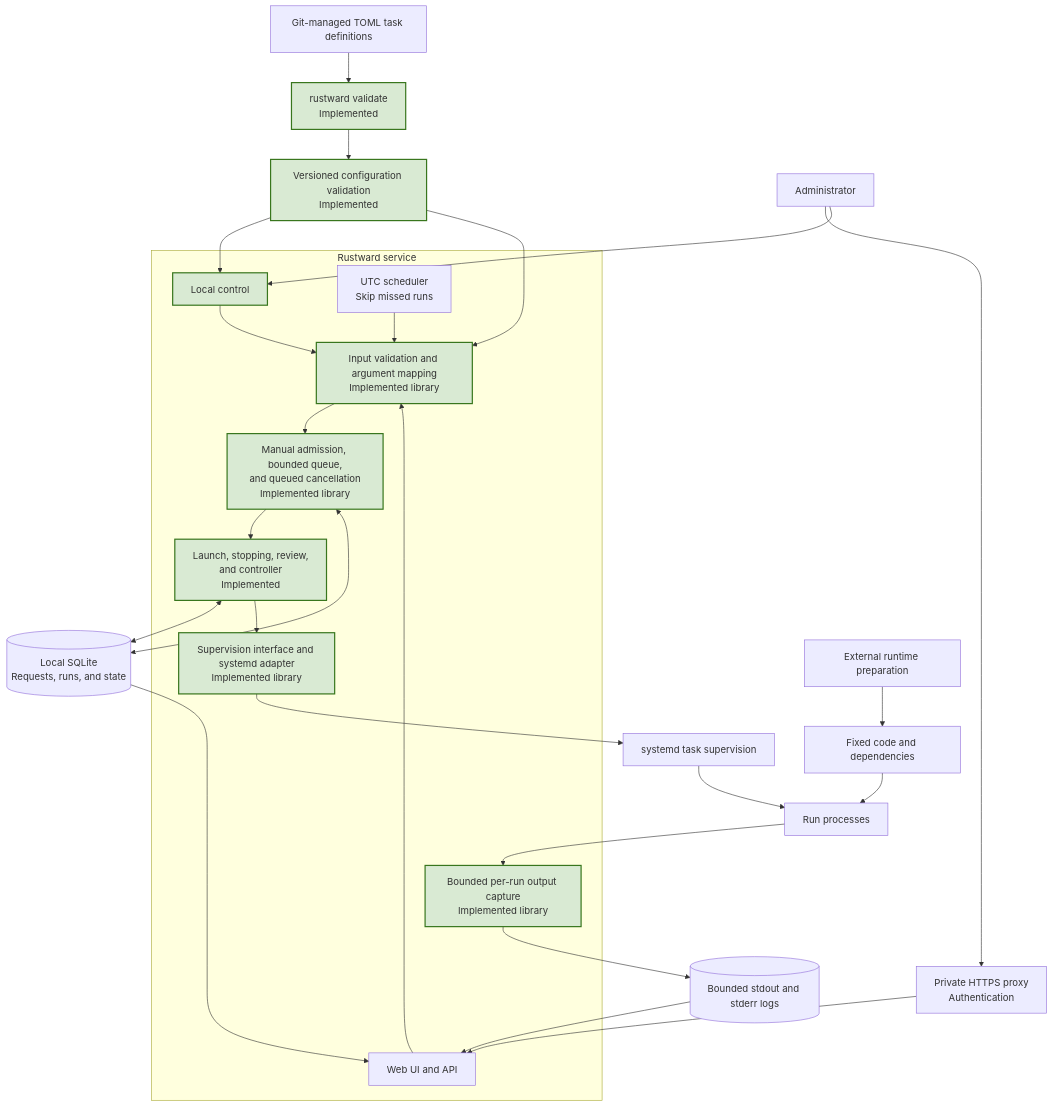
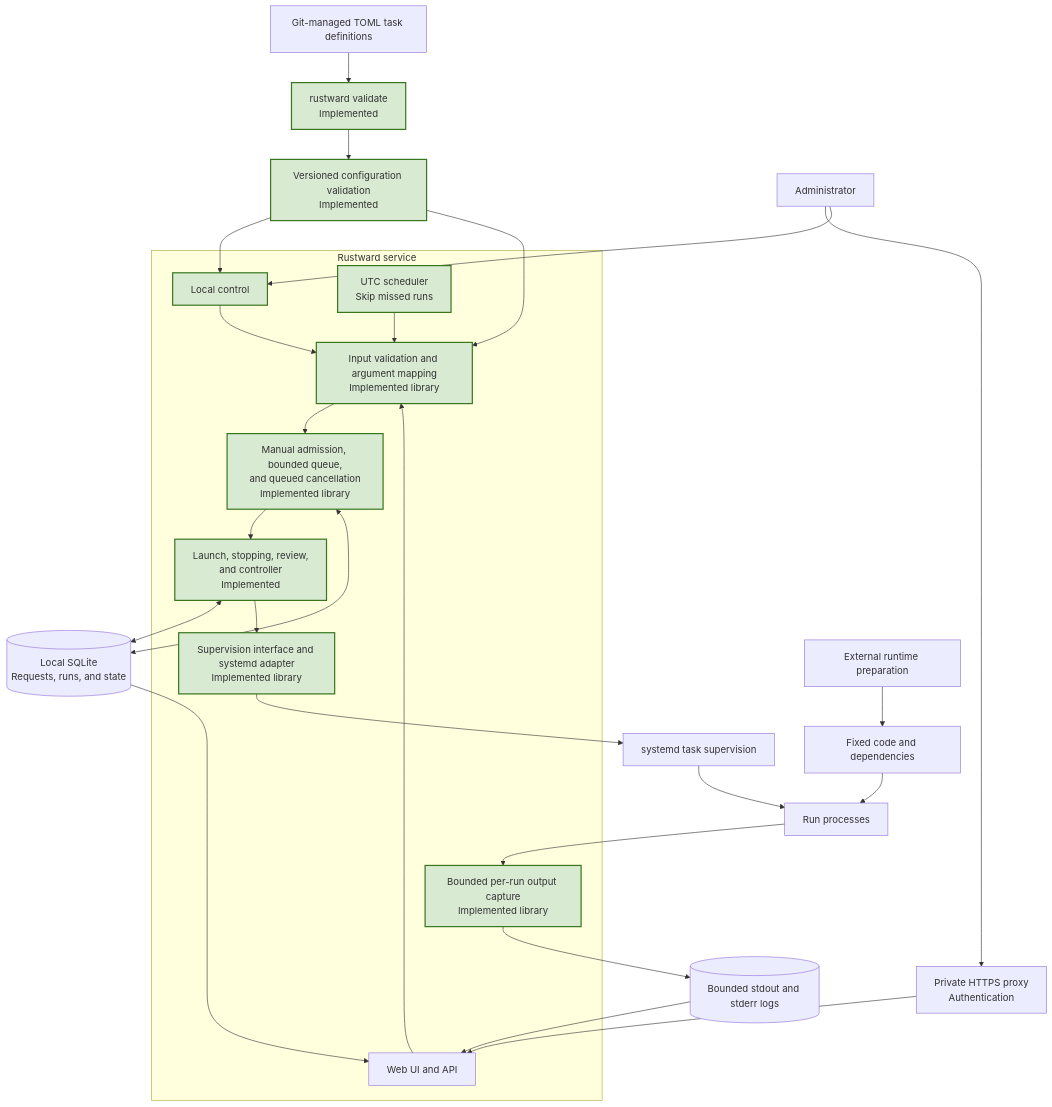
One commit to chrizpower/rustward changed the diagram in docs/ARCHITECTURE.md. Above: the diagram before and after it, drawn with Mermaid. The commit also changed other lines of this file and 24 other files, not shown here.

````diff
--- a/docs/ARCHITECTURE.md
+++ b/docs/ARCHITECTURE.md
@@ -10,49 +11,49 @@
 ```mermaid
 flowchart TB
     Git["Git-managed TOML task definitions"]
     CLI["rustward validate<br/>Implemented"]
     Config["Versioned configuration validation<br/>Implemented"]
 
     Admin["Administrator"]
     Proxy["Private HTTPS proxy<br/>Authentication"]
 
     subgraph Service["Rustward service"]
         Control["Local control"]
         UI["Web UI and API"]
         Cron["UTC scheduler<br/>Skip missed runs"]
         Inputs["Input validation and argument mapping<br/>Implemented library"]
         Queue["Manual admission, bounded queue,<br/>and queued cancellation<br/>Implemented library"]
         Dispatch["Launch, stopping, review,<br/>and controller<br/>Implemented"]
         Adapter["Supervision interface and systemd adapter<br/>Implemented library"]
         Capture["Bounded per-run output capture<br/>Implemented library"]
     end
 
     DB[("Local SQLite<br/>Requests, runs, and state")]
     Prepare["External runtime preparation"]
     Runtime["Fixed code and dependencies"]
     Systemd["systemd task supervision"]
     Task["Run processes"]
     Logs[("Bounded stdout and stderr logs")]
 
     Git --> CLI --> Config
     Config --> Control
     Config --> Inputs
 
     Admin --> Proxy --> UI
     Admin --> Control --> Inputs
     UI --> Inputs
     Cron --> Inputs
     Inputs --> Queue --> Dispatch
     Queue <--> DB
     Dispatch <--> DB
 
     Prepare --> Runtime
     Dispatch --> Adapter --> Systemd --> Task
     Runtime --> Task
     Task --> Capture --> Logs
     Logs --> UI
     DB --> UI
 
     classDef implemented fill:#d9ead3,stroke:#38761d,stroke-width:2px
-    class CLI,Config,Control,Inputs,Queue,Dispatch,Adapter,Capture implemented
+    class CLI,Config,Control,Cron,Inputs,Queue,Dispatch,Adapter,Capture implemented
 ```
````
